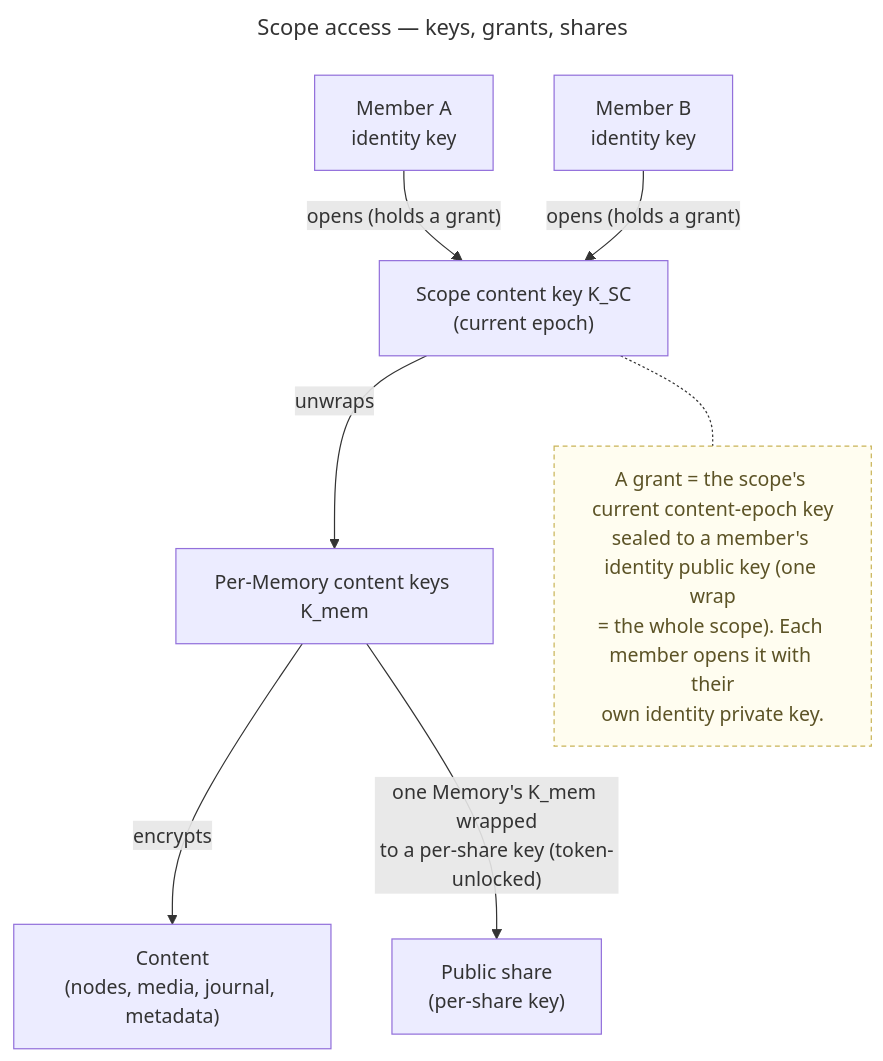
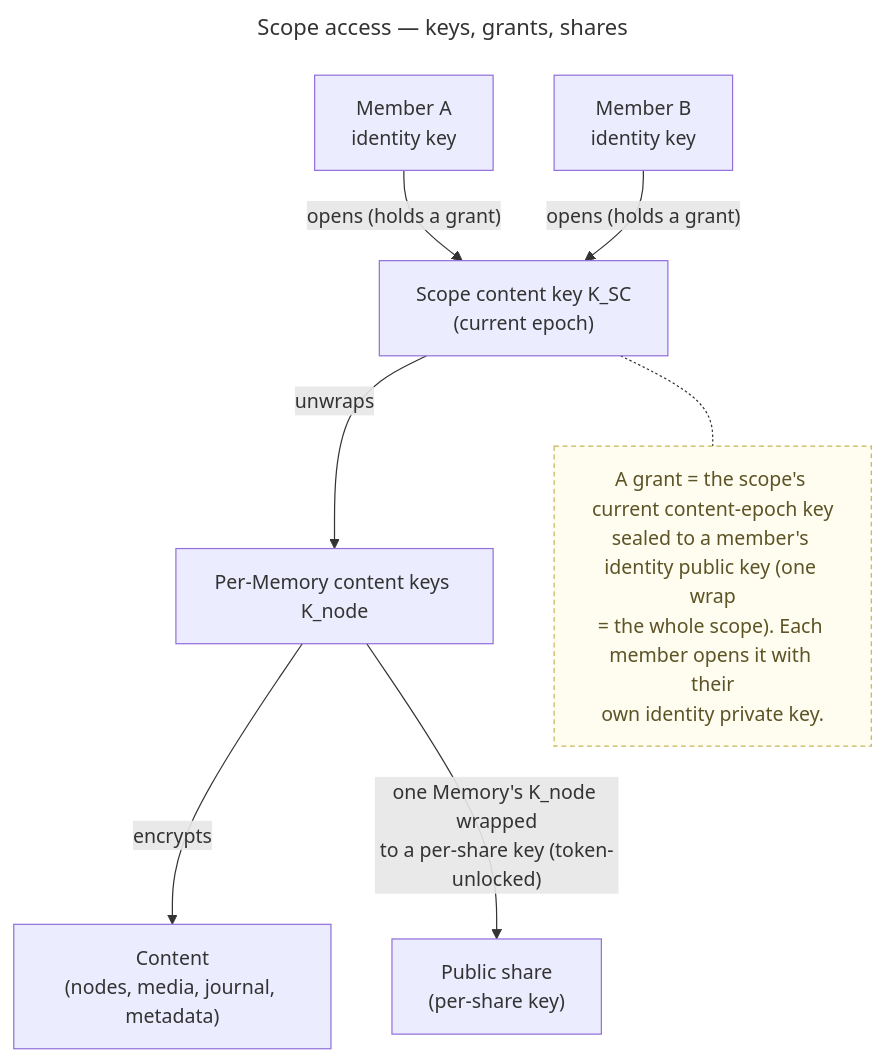
The diagram in docs/crosscutting/scopes-and-tenancy.md (raddatzk/veyq), drawn with Mermaid before and after one commit. The commit also changed other lines of this file and 61 other files, not shown here.

Commit message:
docs: the node content key is K_node in ADRs, use-cases, enablers and coverage (cr-k-mem-becomes-k-node phase 2)

````diff
--- a/docs/crosscutting/scopes-and-tenancy.md
+++ b/docs/crosscutting/scopes-and-tenancy.md
@@ -70,23 +70,23 @@
 ```mermaid
 ---
 title: Scope access — keys, grants, shares
 ---
 flowchart TB
   ma["Member A<br>identity key"]
   mb["Member B<br>identity key"]
   ksc["Scope content key K_SC<br>(current epoch)"]
-  kmem["Per-Memory content keys K_mem"]
+  knode["Per-Memory content keys K_node"]
   content["Content<br>(nodes, media, journal, metadata)"]
   share["Public share<br>(per-share key)"]
   NB["A grant = the scope's current content-epoch key<br>sealed to a member's identity public key (one wrap<br>= the whole scope). Each member opens it with their<br>own identity private key."]
 
   ma -->|"opens (holds a grant)"| ksc
   mb -->|"opens (holds a grant)"| ksc
-  ksc -->|"unwraps"| kmem
-  kmem -->|"encrypts"| content
-  kmem -->|"one Memory's K_mem wrapped<br>to a per-share key (token-unlocked)"| share
+  ksc -->|"unwraps"| knode
+  knode -->|"encrypts"| content
+  knode -->|"one Memory's K_node wrapped<br>to a per-share key (token-unlocked)"| share
   ksc -.- NB
 
   classDef note fill:#fffdf0,stroke:#c9b458,stroke-dasharray:4 3,color:#5c5326
   class NB note
 ```
````
